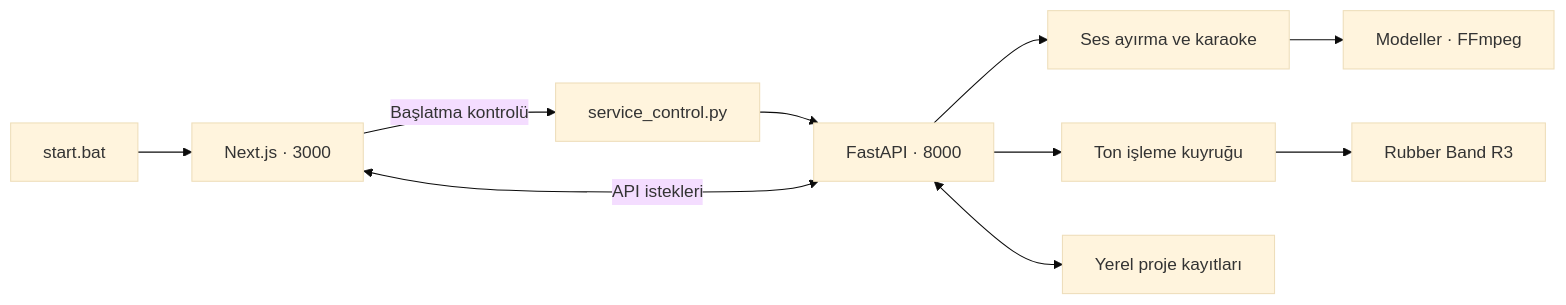
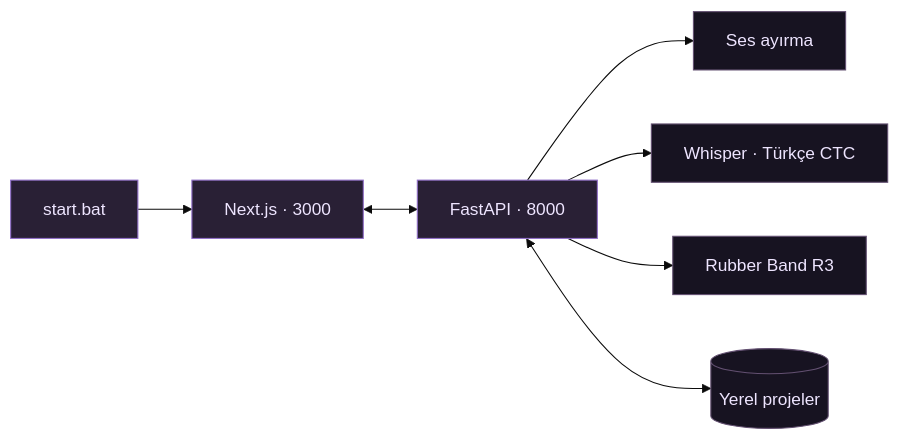
One commit to seghobs/uvr5mscnew changed the diagram in README.md. Above: the diagram before and after it, drawn with Mermaid (base theme). The commit also changed other lines of this file and 2 other files, not shown here.

````diff
--- a/README.md
+++ b/README.md
@@ -275,12 +199,16 @@
 ```mermaid
 flowchart LR
     A["start.bat"] --> B["Next.js · 3000"]
-    B -->|"Başlatma kontrolü"| C["service_control.py"]
-    C --> D["FastAPI · 8000"]
-    B <-->|"API istekleri"| D
-    D --> E["Ses ayırma ve karaoke"]
-    D --> F["Ton işleme kuyruğu"]
-    E --> G["Modeller · FFmpeg"]
-    F --> H["Rubber Band R3"]
-    D <--> I["Yerel proje kayıtları"]
+    B <--> C["FastAPI · 8000"]
+    C --> D["Ses ayırma"]
+    C --> E["Whisper · Türkçe CTC"]
+    C --> F["Rubber Band R3"]
+    C <--> G[("Yerel projeler")]
+    style A fill:#292035,stroke:#9170c9,color:#eee5ff
+    style B fill:#292035,stroke:#9170c9,color:#eee5ff
+    style C fill:#292035,stroke:#9170c9,color:#eee5ff
+    style D fill:#171321,stroke:#635071,color:#eee5ff
+    style E fill:#171321,stroke:#635071,color:#eee5ff
+    style F fill:#171321,stroke:#635071,color:#eee5ff
+    style G fill:#171321,stroke:#635071,color:#eee5ff
 ```
````
